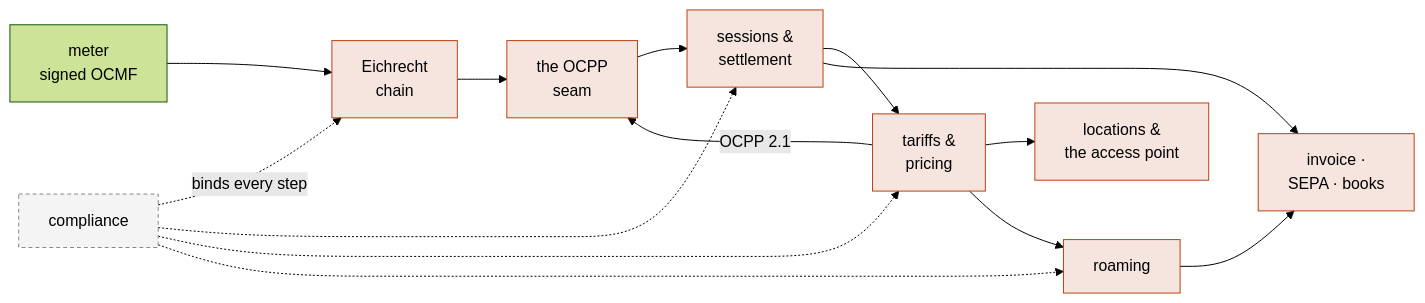
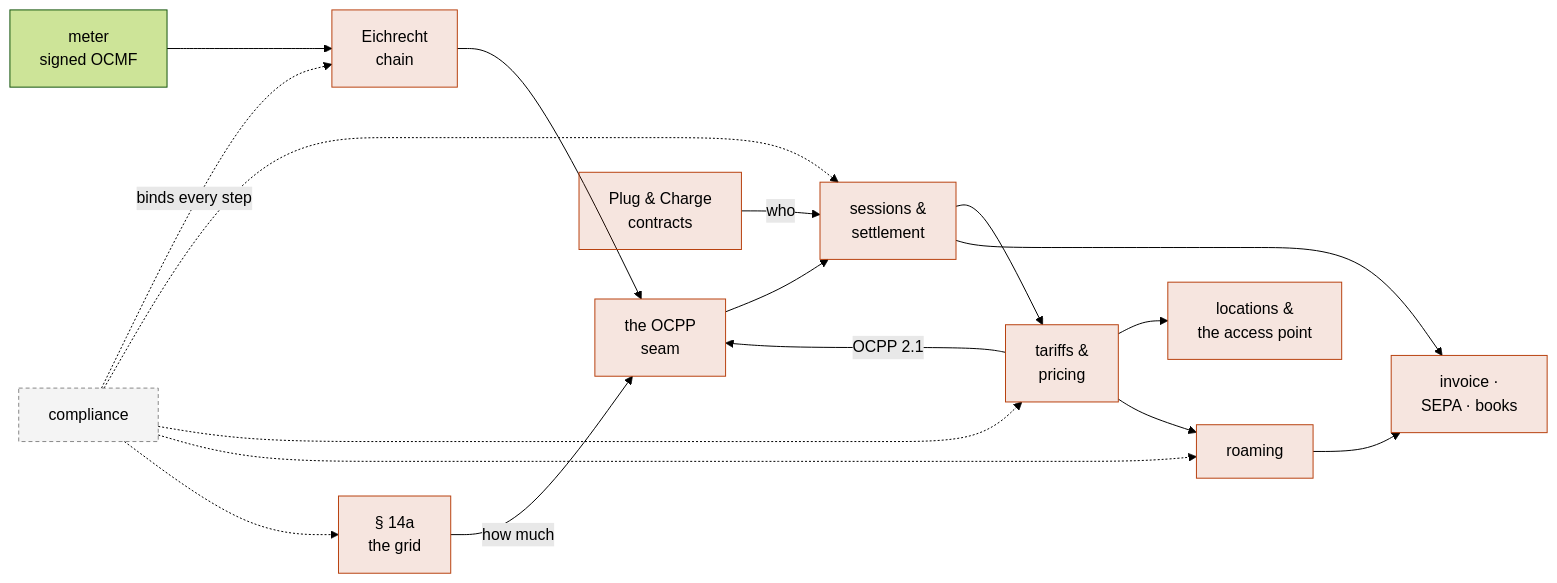
Before and after one commit to hupe1980/emob: the diagram in site/content/docs/_index.md, drawn with Mermaid (forest theme). The commit also changed other lines of this file and 67 other files, not shown here.

First line of the commit message:
feat: update architecture and compliance documentation; add Plug & Charge and smart charging sections

````diff
--- a/site/content/docs/_index.md
+++ b/site/content/docs/_index.md
@@ -14,21 +16,24 @@
 ```mermaid
 flowchart LR
     M["meter<br/>signed OCMF"] --> E["Eichrecht<br/>chain"]
     E --> O["the OCPP<br/>seam"]
     O --> S["sessions &<br/>settlement"]
     S --> T["tariffs &<br/>pricing"]
     T --> L["locations &<br/>the access point"]
     T --> R["roaming"]
     T -->|"OCPP 2.1"| O
     S --> INV["invoice ·<br/>SEPA · books"]
     R --> INV
+    PNC["Plug & Charge<br/>contracts"] -->|"who"| S
+    G["§ 14a<br/>the grid"] -->|"how much"| O
     C["compliance"] -.->|"binds every step"| E
     C -.-> S
     C -.-> T
     C -.-> R
+    C -.-> G
 
     classDef step fill:#b8410f22,stroke:#b8410f
     classDef rule fill:#88888818,stroke:#888,stroke-dasharray:4 3
-    class E,O,S,T,L,R,INV step
+    class E,O,S,T,L,R,INV,PNC,G step
     class C rule
 ```
````
